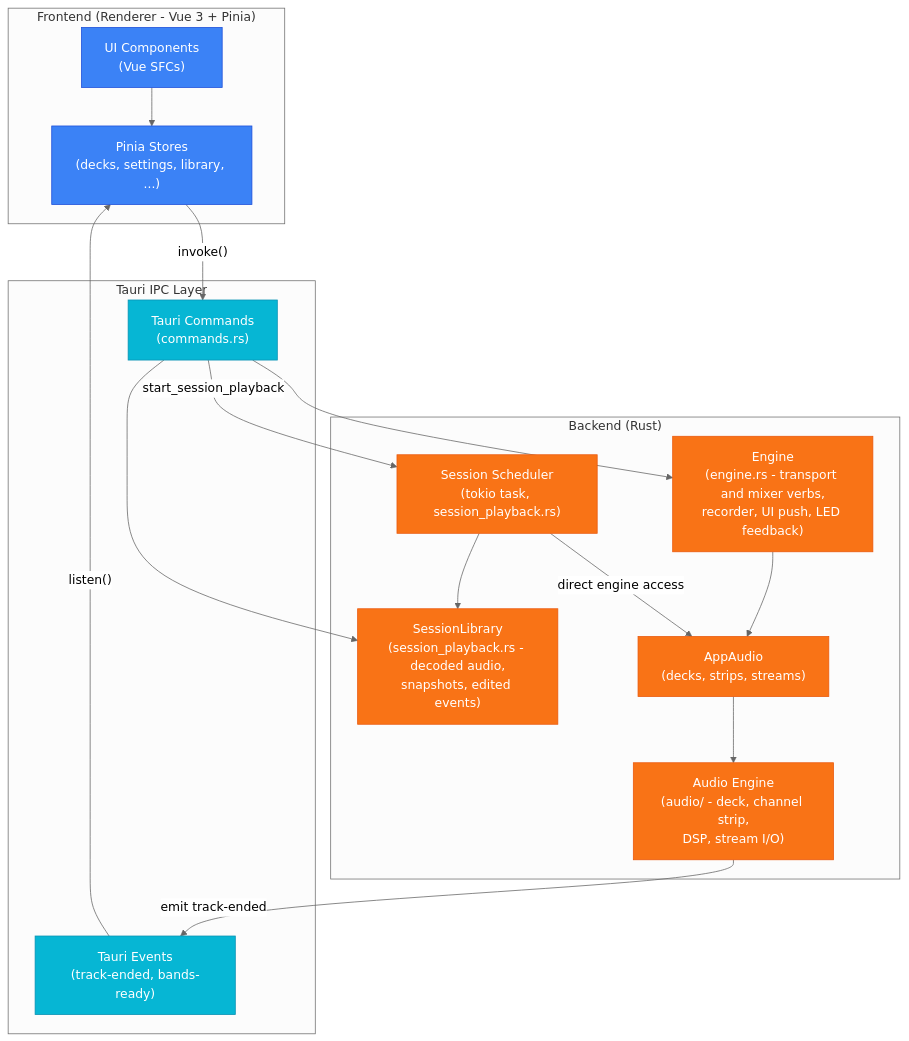
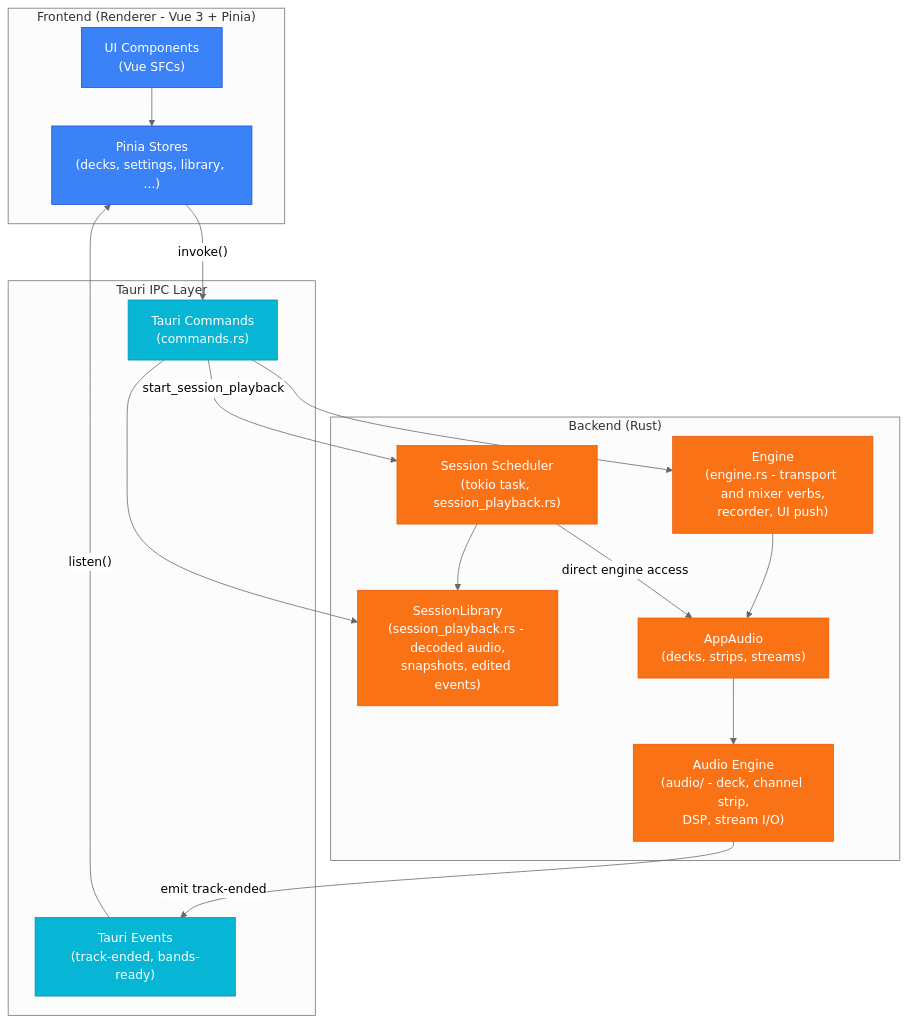
Before and after one commit to berrutti/beatmatcher: the first of 5 diagrams in architecture.md, drawn with Mermaid (neutral theme). The commit also changed other lines of this file, not shown here.

````diff
--- a/architecture.md
+++ b/architecture.md
@@ -5,36 +5,36 @@
 ```mermaid
 graph TD
     classDef frontend fill:#3b82f6,stroke:#1d4ed8,color:#fff
     classDef ipc fill:#06b6d4,stroke:#0891b2,color:#fff
     classDef backend fill:#f97316,stroke:#ea580c,color:#fff
 
     subgraph Frontend ["Frontend (Renderer - Vue 3 + Pinia)"]
         UI["UI Components\n(Vue SFCs)"]:::frontend
         Stores["Pinia Stores\n(decks, settings, library, ...)"]:::frontend
     end
 
     subgraph IPC ["Tauri IPC Layer"]
         Commands["Tauri Commands\n(commands.rs)"]:::ipc
         Events["Tauri Events\n(track-ended, bands-ready)"]:::ipc
     end
 
     subgraph Backend ["Backend (Rust)"]
-        Engine["Engine\n(engine.rs - transport and mixer verbs,\nrecorder, UI push, LED feedback)"]:::backend
+        Engine["Engine\n(engine.rs - transport and mixer verbs,\nrecorder, UI push)"]:::backend
         Sessions["SessionLibrary\n(session_playback.rs - decoded audio,\nsnapshots, edited events)"]:::backend
         Audio["AppAudio\n(decks, strips, streams)"]:::backend
         Dsp["Audio Engine\n(audio/ - deck, channel strip,\nDSP, stream I/O)"]:::backend
         Scheduler["Session Scheduler\n(tokio task, session_playback.rs)"]:::backend
     end
 
     UI --> Stores
     Stores -- "invoke()" --> Commands
     Events -- "listen()" --> Stores
     Commands --> Engine
     Commands --> Sessions
     Engine --> Audio
     Audio --> Dsp
     Dsp -- "emit track-ended" --> Events
     Commands -- "start_session_playback" --> Scheduler
     Scheduler --> Sessions
     Scheduler -- "direct engine access" --> Audio
 ```
````
